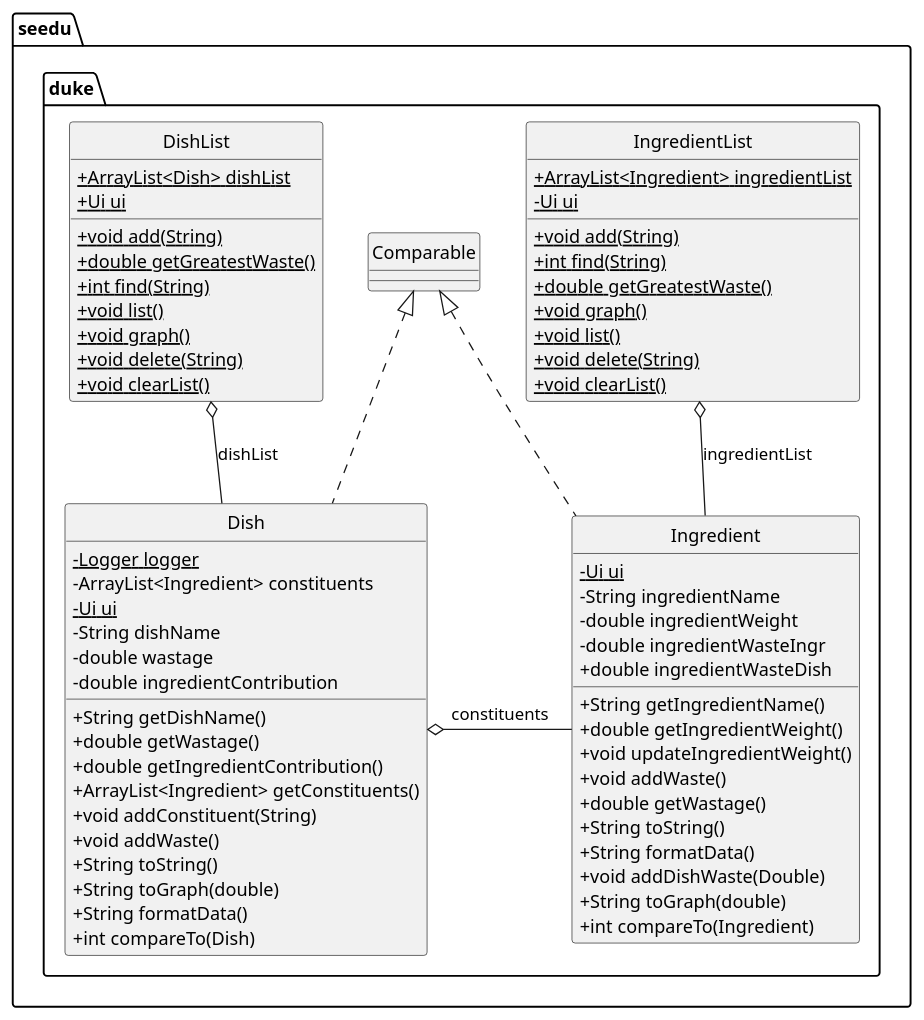
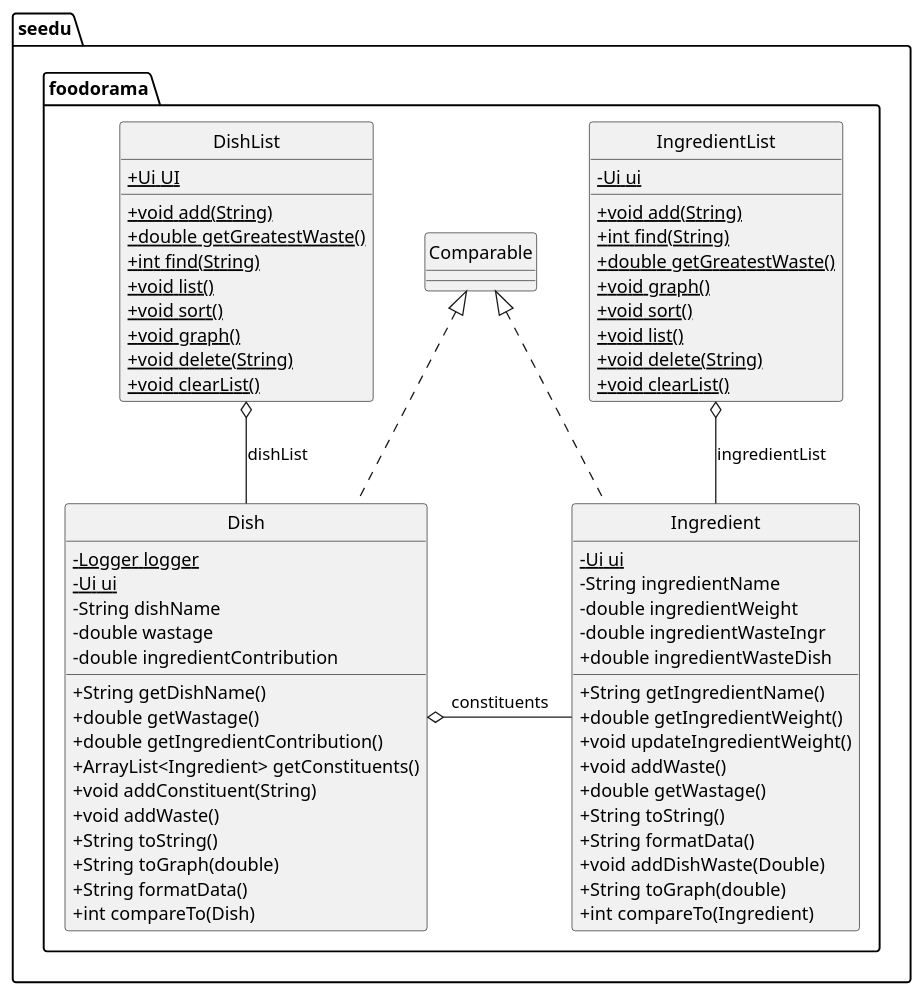
One commit to nus-cs2113-AY2122S1/tp changed the diagram in docs/puml/data_structures.puml. Above: the diagram before and after it, drawn with PlantUML. The commit also changed 12 other files, not shown here.

```diff
--- a/docs/puml/data_structures.puml
+++ b/docs/puml/data_structures.puml
@@ -1,70 +1,69 @@
 @startuml
 
 hide circle
 skinparam classAttributeIconSize 0
 
-class seedu.duke.IngredientList {
-+ {static} ArrayList<Ingredient> ingredientList
+class seedu.foodorama.IngredientList {
 - {static} Ui ui
 + {static} void add(String)
 + {static} int find(String)
 + {static} double getGreatestWaste()
 + {static} void graph()
++ {static} void sort()
 + {static} void list()
 + {static} void delete(String)
 + {static} void clearList()
 }
-class seedu.duke.Dish {
+class seedu.foodorama.Dish {
 - {static} Logger logger
-- ArrayList<Ingredient> constituents
 - {static} Ui ui
 - String dishName
 - double wastage
 - double ingredientContribution
 + String getDishName()
 + double getWastage()
 + double getIngredientContribution()
 + ArrayList<Ingredient> getConstituents()
 + void addConstituent(String)
 + void addWaste()
 + String toString()
 + String toGraph(double)
 + String formatData()
 + int compareTo(Dish)
 }
-class seedu.duke.DishList {
-+ {static} ArrayList<Dish> dishList
-+ {static} Ui ui
+class seedu.foodorama.DishList {
++ {static} Ui UI
 + {static} void add(String)
 + {static} double getGreatestWaste()
 + {static} int find(String)
 + {static} void list()
++ {static} void sort()
 + {static} void graph()
 + {static} void delete(String)
 + {static} void clearList()
 }
-class seedu.duke.Ingredient {
+class seedu.foodorama.Ingredient {
 - {static} Ui ui
 - String ingredientName
 - double ingredientWeight
 - double ingredientWasteIngr
 + double ingredientWasteDish
 + String getIngredientName()
 + double getIngredientWeight()
 + void updateIngredientWeight()
 + void addWaste()
 + double getWastage()
 + String toString()
 + String formatData()
 + void addDishWaste(Double)
 + String toGraph(double)
 + int compareTo(Ingredient)
 }
 
 
-seedu.duke.Comparable <|.. seedu.duke.Dish
-seedu.duke.DishList o-- seedu.duke.Dish : dishList
-seedu.duke.Comparable <|.. seedu.duke.Ingredient
-seedu.duke.IngredientList o-- seedu.duke.Ingredient :ingredientList
-seedu.duke.Dish o- seedu.duke.Ingredient :constituents
+seedu.foodorama.Comparable <|.. seedu.foodorama.Dish
+seedu.foodorama.DishList o-- seedu.foodorama.Dish : dishList
+seedu.foodorama.Comparable <|.. seedu.foodorama.Ingredient
+seedu.foodorama.IngredientList o-- seedu.foodorama.Ingredient :ingredientList
+seedu.foodorama.Dish o- seedu.foodorama.Ingredient :constituents
 @enduml
```
